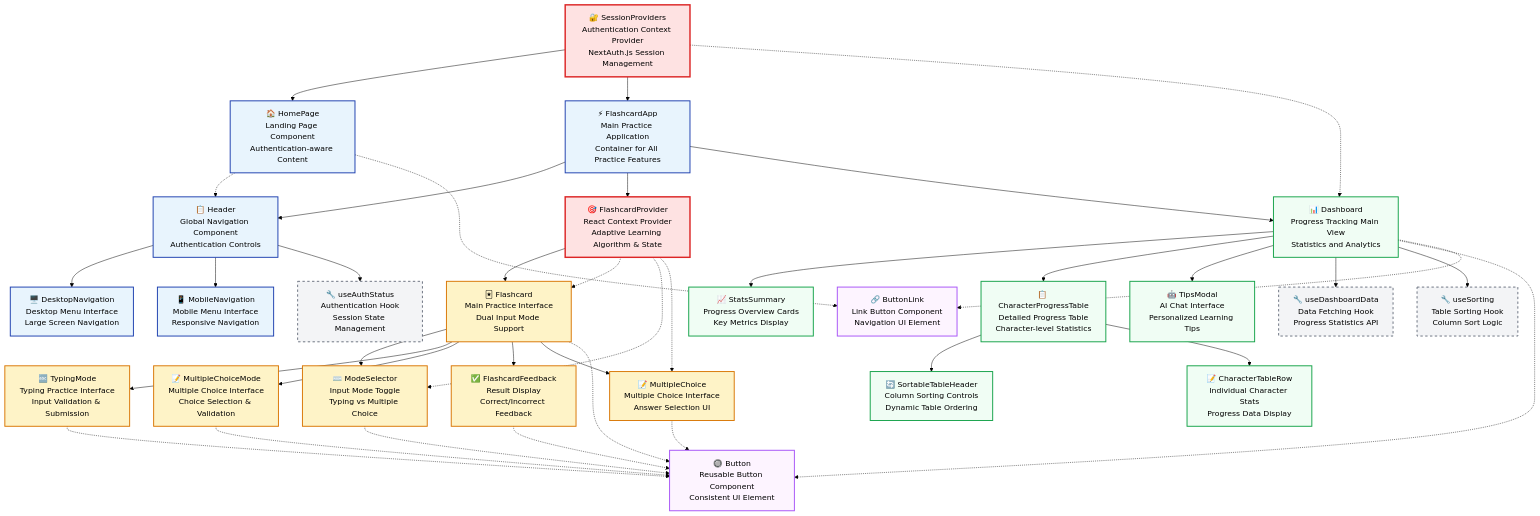
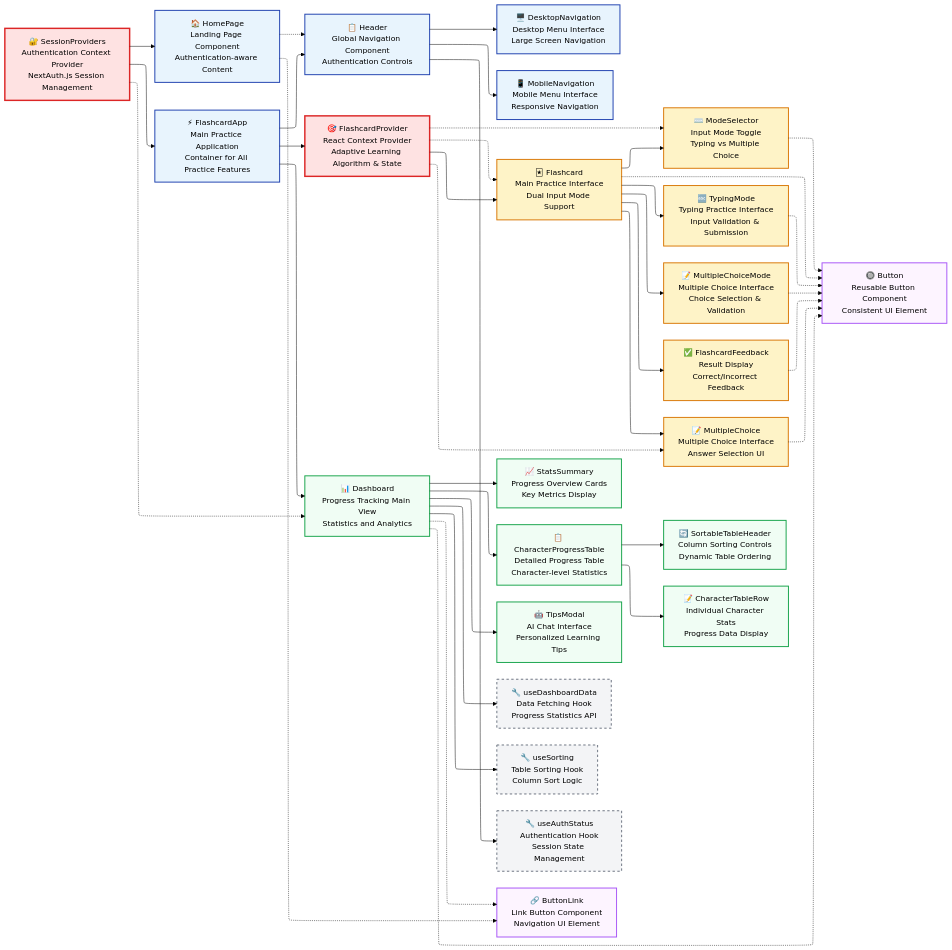
The diagram in docs/mermaid/component.mmd (sakan811/SakuMari), drawn with Mermaid before and after one commit. The commit also changed 3 other files, not shown here.

Commit message:
docs: update Mermaid diagram layout to left-right orientation

```diff
--- a/docs/mermaid/component.mmd
+++ b/docs/mermaid/component.mmd
@@ -1,82 +1,83 @@
 ---
 config:
   theme: 'forest'
   defaultRenderer: "elk"
+  layout: elk
 ---
-flowchart TD
+flowchart LR
     %% Authentication Layer
     SessionProviders["🔐 SessionProviders<br/>Authentication Context Provider<br/>NextAuth.js Session Management"]
 
     %% Root Application Structure
     SessionProviders --> HomePage["🏠 HomePage<br/>Landing Page Component<br/>Authentication-aware Content"]
     SessionProviders --> FlashcardApp["⚡ FlashcardApp<br/>Main Practice Application<br/>Container for All Practice Features"]
 
     %% Core Application Components
     FlashcardApp --> Header["📋 Header<br/>Global Navigation Component<br/>Authentication Controls"]
     FlashcardApp --> FlashcardProvider["🎯 FlashcardProvider<br/>React Context Provider<br/>Adaptive Learning Algorithm & State"]
 
     %% Navigation Components (Header Children)
     Header --> DesktopNavigation["🖥️ DesktopNavigation<br/>Desktop Menu Interface<br/>Large Screen Navigation"]
     Header --> MobileNavigation["📱 MobileNavigation<br/>Mobile Menu Interface<br/>Responsive Navigation"]
 
     %% Practice Flow Components
     FlashcardProvider --> Flashcard["🃏 Flashcard<br/>Main Practice Interface<br/>Dual Input Mode Support"]
 
     Flashcard --> ModeSelector["⌨️ ModeSelector<br/>Input Mode Toggle<br/>Typing vs Multiple Choice"]
     Flashcard --> TypingMode["🔤 TypingMode<br/>Typing Practice Interface<br/>Input Validation & Submission"]
     Flashcard --> MultipleChoiceMode["📝 MultipleChoiceMode<br/>Multiple Choice Interface<br/>Choice Selection & Validation"]
     Flashcard --> FlashcardFeedback["✅ FlashcardFeedback<br/>Result Display<br/>Correct/Incorrect Feedback"]
     Flashcard --> MultipleChoice["📝 MultipleChoice<br/>Multiple Choice Interface<br/>Answer Selection UI"]
 
     %% Dashboard and Progress Components
     FlashcardApp --> Dashboard["📊 Dashboard<br/>Progress Tracking Main View<br/>Statistics and Analytics"]
 
     Dashboard --> StatsSummary["📈 StatsSummary<br/>Progress Overview Cards<br/>Key Metrics Display"]
     Dashboard --> CharacterProgressTable["📋 CharacterProgressTable<br/>Detailed Progress Table<br/>Character-level Statistics"]
     Dashboard --> TipsModal["🤖 TipsModal<br/>AI Chat Interface<br/>Personalized Learning Tips"]
 
     %% Table Sub-Components
     CharacterProgressTable --> SortableTableHeader["🔄 SortableTableHeader<br/>Column Sorting Controls<br/>Dynamic Table Ordering"]
     CharacterProgressTable --> CharacterTableRow["📝 CharacterTableRow<br/>Individual Character Stats<br/>Progress Data Display"]
 
     %% Custom Hooks Integration
     Dashboard --> useDashboardData["🔧 useDashboardData<br/>Data Fetching Hook<br/>Progress Statistics API"]
     Dashboard --> useSorting["🔧 useSorting<br/>Table Sorting Hook<br/>Column Sort Logic"]
     Header --> useAuthStatus["🔧 useAuthStatus<br/>Authentication Hook<br/>Session State Management"]
 
     %% Reusable UI Components
     Button["🔘 Button<br/>Reusable Button Component<br/>Consistent UI Element"]
     ButtonLink["🔗 ButtonLink<br/>Link Button Component<br/>Navigation UI Element"]
 
     %% Component Usage Relationships
     HomePage -.-> Header
     HomePage -.-> ButtonLink
     Dashboard -.-> Button
     Dashboard -.-> ButtonLink
     ModeSelector -.-> Button
     MultipleChoice -.-> Button
     TypingMode -.-> Button
     MultipleChoiceMode -.-> Button
     FlashcardFeedback -.-> Button
     Flashcard -.-> Button
 
     %% Context Provider Relationships
     FlashcardProvider -.-> Flashcard
     FlashcardProvider -.-> ModeSelector
     FlashcardProvider -.-> MultipleChoice
     SessionProviders -.-> Dashboard
 
     %% Styling Classes
     classDef coreComponent fill:#e8f4fd,stroke:#1e40af,stroke-width:2px
     classDef practiceComponent fill:#fef3c7,stroke:#d97706,stroke-width:2px
     classDef dashboardComponent fill:#f0fdf4,stroke:#16a34a,stroke-width:2px
     classDef uiComponent fill:#fdf4ff,stroke:#a855f7,stroke-width:2px
     classDef contextProvider fill:#fee2e2,stroke:#dc2626,stroke-width:3px
     classDef customHook fill:#f3f4f6,stroke:#6b7280,stroke-width:2px,stroke-dasharray: 5 5
 
     class SessionProviders,HomePage,FlashcardApp,Header,DesktopNavigation,MobileNavigation coreComponent
     class Flashcard,ModeSelector,MultipleChoice,FlashcardProvider,TypingMode,MultipleChoiceMode,FlashcardFeedback practiceComponent
     class Dashboard,StatsSummary,CharacterProgressTable,SortableTableHeader,CharacterTableRow,TipsModal dashboardComponent
     class Button,ButtonLink uiComponent
     class FlashcardProvider,SessionProviders contextProvider
     class useDashboardData,useSorting,useAuthStatus customHook
```
